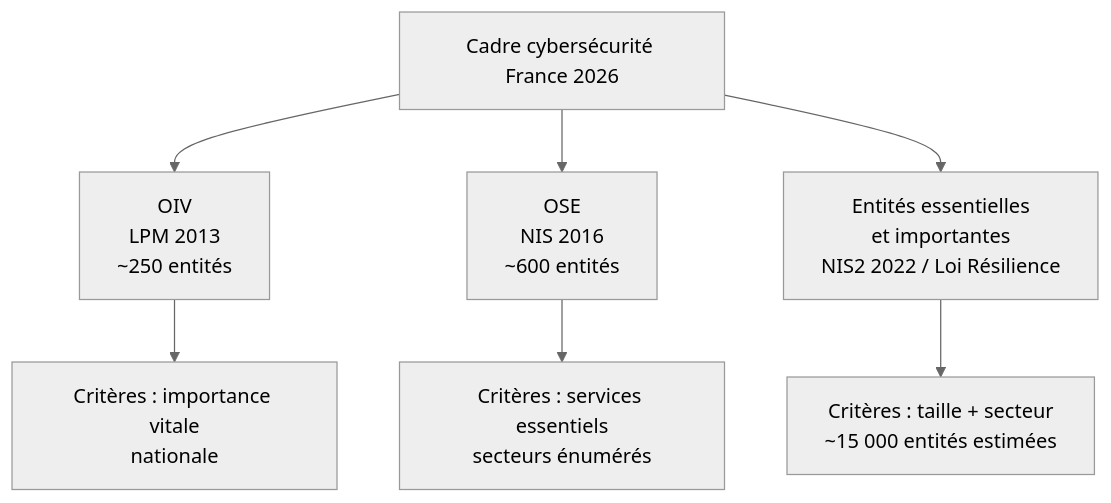
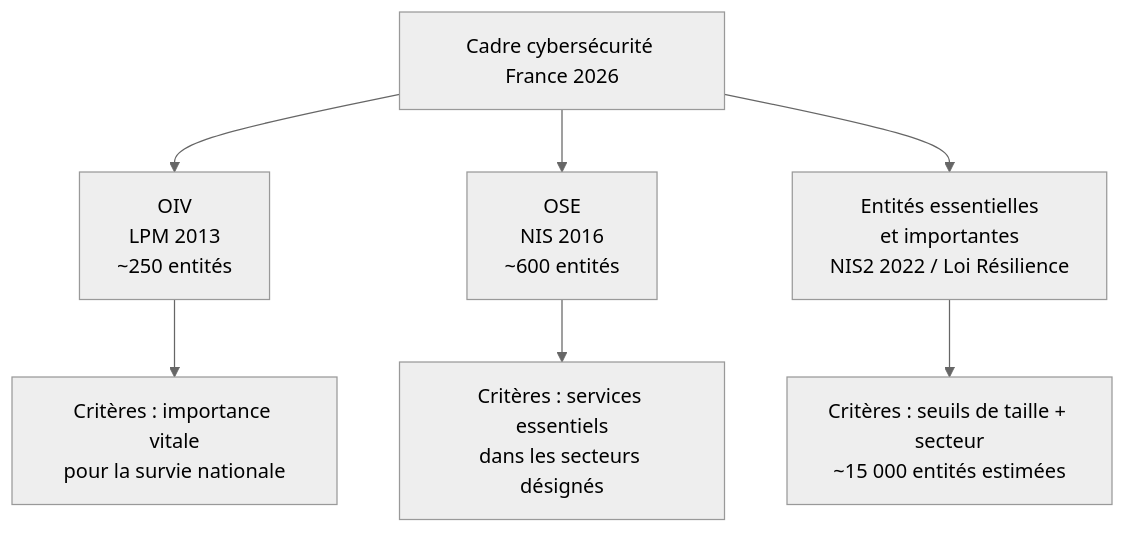
Before and after one commit to zyrass/omnydocs: the fifth of 6 diagrams in docs/cursus-forensic/01-cycle-0-fondations/module-1-legislation/06-lpm-oiv.md, drawn with Mermaid (neutral theme). The commit also changed other lines of this file and 171 other files, not shown here.

````diff
--- a/docs/cursus-forensic/01-cycle-0-fondations/module-1-legislation/06-lpm-oiv.md
+++ b/docs/cursus-forensic/01-cycle-0-fondations/module-1-legislation/06-lpm-oiv.md
@@ -231,11 +251,11 @@
 ```mermaid
 flowchart TB
-    A[Cadre cybersécurité France 2026]
-    A --> B[OIV<br>LPM 2013<br>~250 entités]
-    A --> C[OSE<br>NIS 2016<br>~600 entités]
-    A --> D[Entités essentielles<br>et importantes<br>NIS2 2022 / Loi Résilience]
+    A["Cadre cybersécurité France 2026"]
+    A --> B["OIV<br>LPM 2013<br>~250 entités"]
+    A --> C["OSE<br>NIS 2016<br>~600 entités"]
+    A --> D["Entités essentielles<br>et importantes<br>NIS2 2022 / Loi Résilience"]
 
-    B --> B1[Critères : importance vitale<br>nationale]
-    C --> C1[Critères : services essentiels<br>secteurs énumérés]
-    D --> D1[Critères : taille + secteur<br>~15 000 entités estimées]
+    B --> B1["Critères : importance vitale<br>pour la survie nationale"]
+    C --> C1["Critères : services essentiels<br>dans les secteurs désignés"]
+    D --> D1["Critères : seuils de taille + secteur<br>~15 000 entités estimées"]
 ```
````
